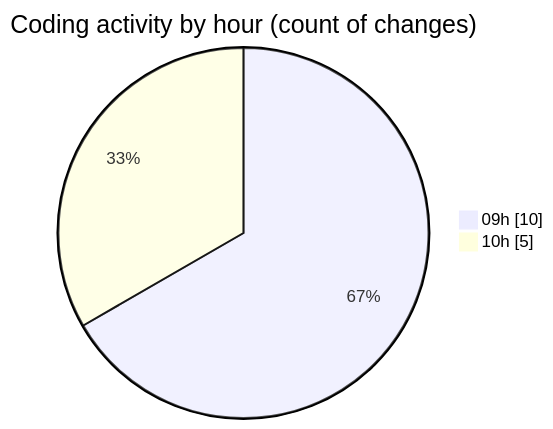
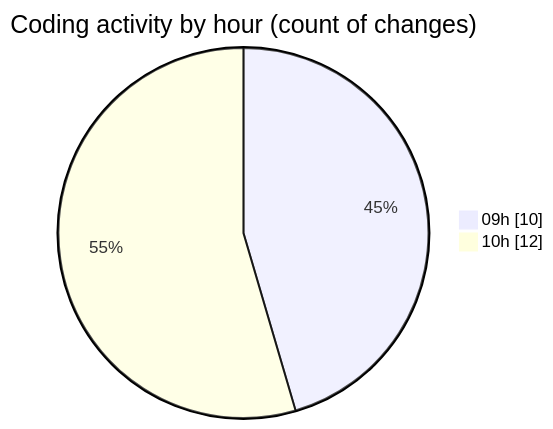
Before and after one commit to momahboobian/code-tracking: the second of 2 diagrams in 2025-09-02/cda/README.md, drawn with Mermaid. The commit also changed other lines of this file and 1 other file, not shown here.

````diff
--- a/2025-09-02/cda/README.md
+++ b/2025-09-02/cda/README.md
@@ -32,6 +32,6 @@
 ```mermaid
 pie showData
 title Coding activity by hour (count of changes)
 "09h" : 10
-"10h" : 5
+"10h" : 12
 ```
````
